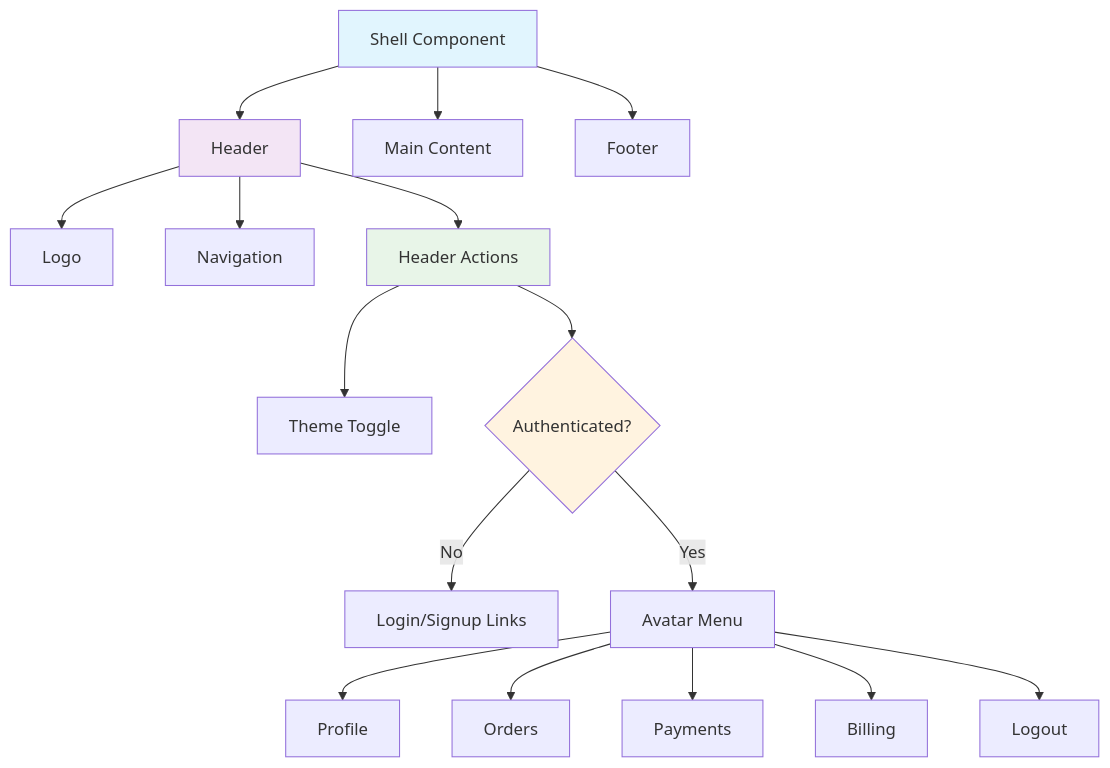
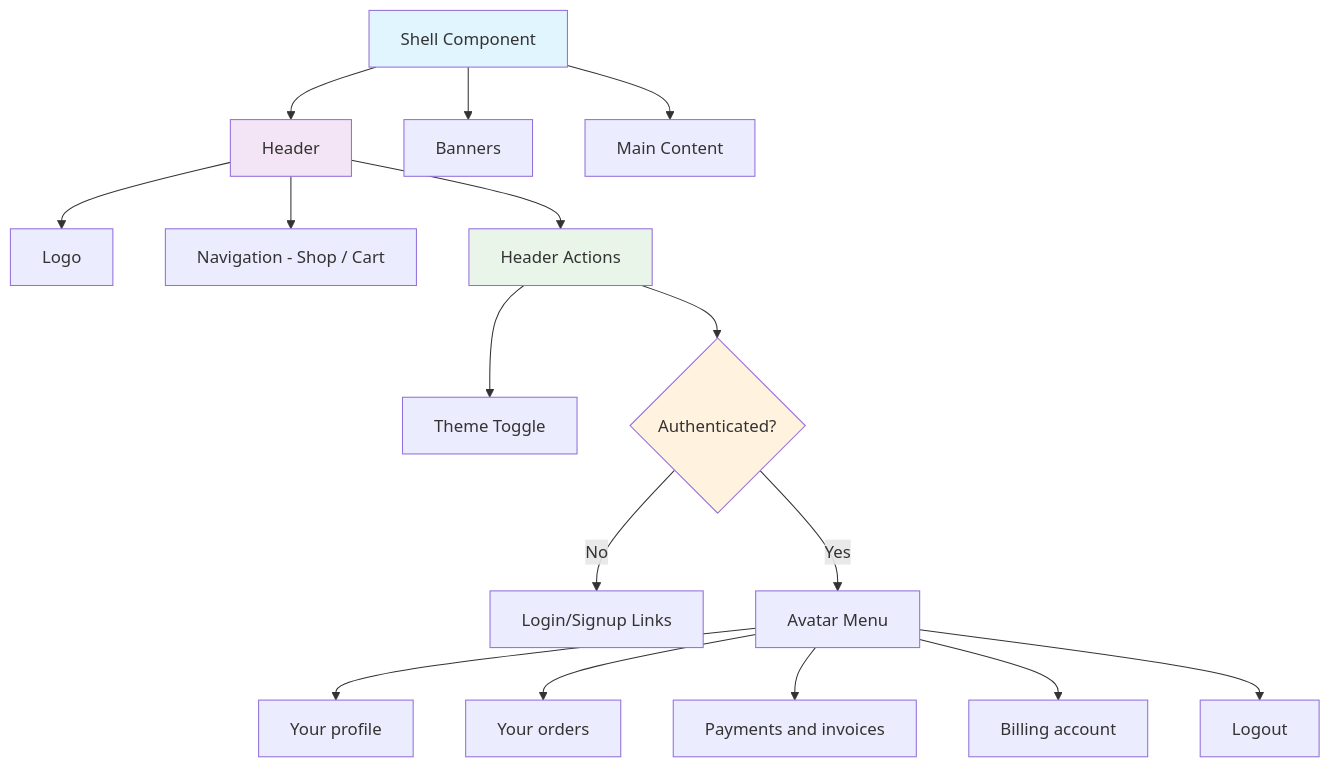
The second of 2 diagrams in openwiki/operations/customization.md (ulabase/starter-ecommerce), drawn with Mermaid before and after one commit. The commit also changed other lines of this file and 32 other files, not shown here.

````diff
--- a/openwiki/operations/customization.md
+++ b/openwiki/operations/customization.md
@@ -281,26 +289,26 @@
 ```mermaid
 graph TD
     A[Shell Component] --> B[Header]
+    A --> E[Banners]
     A --> C[Main Content]
-    A --> D[Footer]
-    
-    B --> E[Logo]
-    B --> F[Navigation]
+
+    B --> E2[Logo]
+    B --> F[Navigation - Shop / Cart]
     B --> G[Header Actions]
-    
+
     G --> H[Theme Toggle]
     G --> I{Authenticated?}
     I -->|No| J[Login/Signup Links]
     I -->|Yes| K[Avatar Menu]
-    
-    K --> L[Profile]
-    K --> M[Orders]
-    K --> N[Payments]
-    K --> O[Billing]
+
+    K --> L[Your profile]
+    K --> M[Your orders]
+    K --> N[Payments and invoices]
+    K --> O[Billing account]
     K --> P[Logout]
-    
+
     style A fill:#e1f5fe
     style B fill:#f3e5f5
     style G fill:#e8f5e8
     style I fill:#fff3e0
 ```
````
